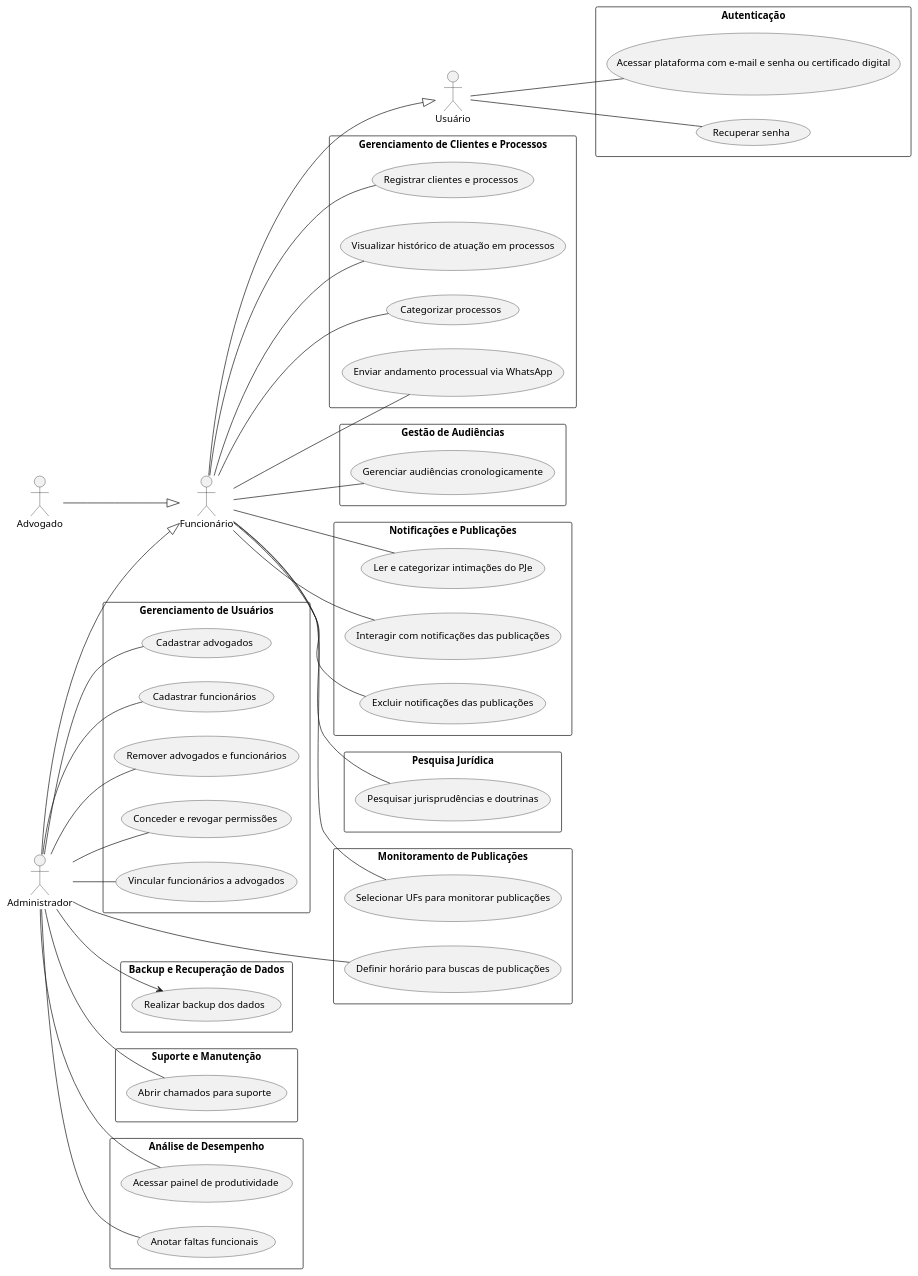
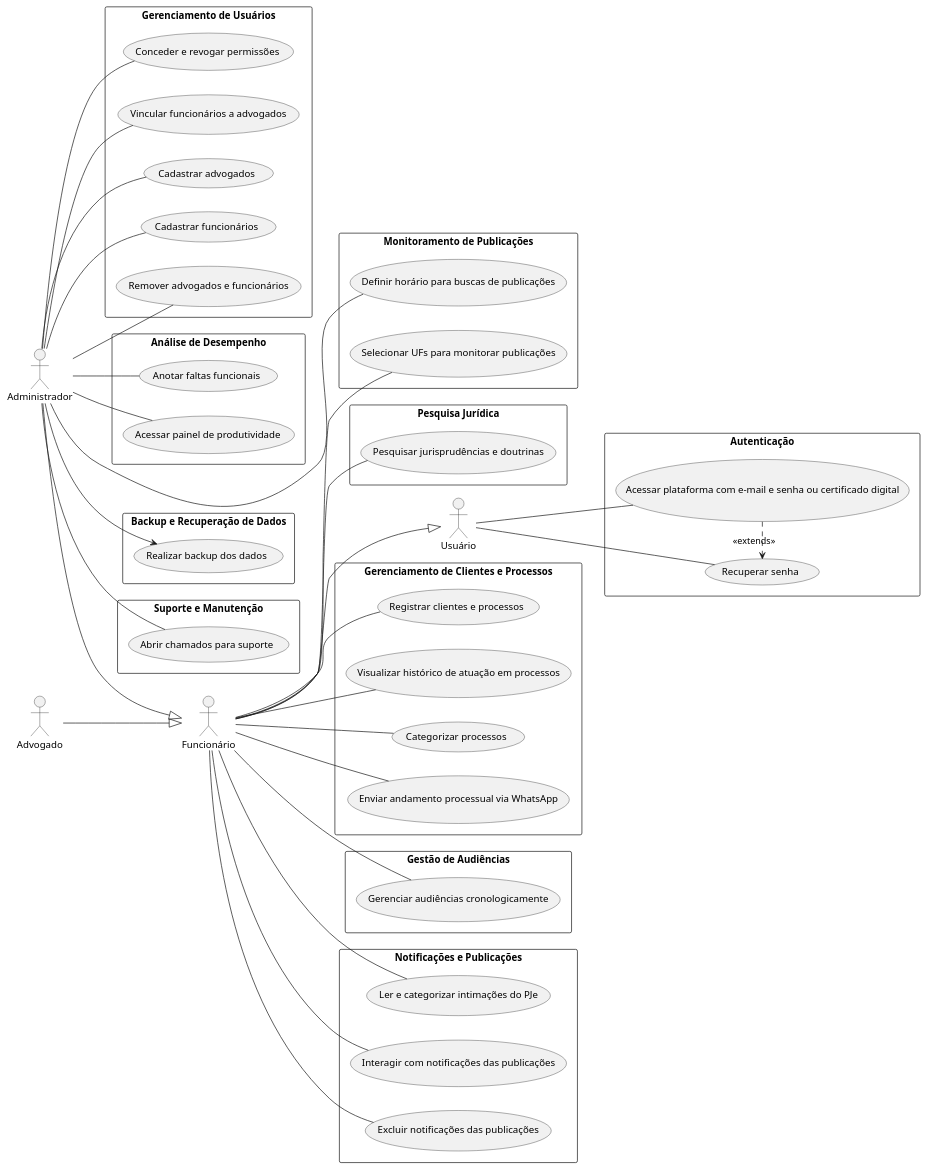
The diagram in specs/casos_de_uso/uml_geral.puml (victoralves475/aps-visao), drawn with PlantUML before and after one commit.

```diff
--- a/specs/casos_de_uso/uml_geral.puml
+++ b/specs/casos_de_uso/uml_geral.puml
@@ -1,67 +1,68 @@
 @startuml
 left to right direction
 skinparam packageStyle rect
 
 ' Definição dos atores e hierarquia
 actor "Usuário" as Usuario
 actor "Funcionário" as Funcionario
 actor "Advogado" as Advogado
 actor "Administrador" as Administrador
 
 Funcionario --|> Usuario
 Advogado --|> Funcionario
 Administrador --|> Funcionario
 
 ' Pacotes de casos de uso
 package "Autenticação" {
     Usuario -- (Acessar plataforma com e-mail e senha ou certificado digital)
     Usuario -- (Recuperar senha)
+    (Acessar plataforma com e-mail e senha ou certificado digital).> (Recuperar senha) : <<extends>>
 }
 
 package "Gerenciamento de Usuários" {
     Administrador -- (Cadastrar advogados)
     Administrador -- (Cadastrar funcionários)
     Administrador -- (Remover advogados e funcionários)
     Administrador -- (Conceder e revogar permissões)
     Administrador -- (Vincular funcionários a advogados)
 }
 
 package "Monitoramento de Publicações" {
     Funcionario -- (Selecionar UFs para monitorar publicações)
     Administrador -- (Definir horário para buscas de publicações)
 }
 
 package "Gerenciamento de Clientes e Processos" {
     Funcionario -- (Registrar clientes e processos)
     Funcionario -- (Visualizar histórico de atuação em processos)
     Funcionario -- (Categorizar processos)
     Funcionario -- (Enviar andamento processual via WhatsApp)
 }
 
 package "Gestão de Audiências" {
     Funcionario -- (Gerenciar audiências cronologicamente)
 }
 
 package "Notificações e Publicações" {
     Funcionario -- (Ler e categorizar intimações do PJe)
     Funcionario -- (Interagir com notificações das publicações)
     Funcionario -- (Excluir notificações das publicações)
 }
 
 package "Backup e Recuperação de Dados" {
     Administrador --> (Realizar backup dos dados)
 }
 
 package "Pesquisa Jurídica" {
     Funcionario -- (Pesquisar jurisprudências e doutrinas)
 }
 
 package "Suporte e Manutenção" {
     Administrador -- (Abrir chamados para suporte)
 }
 
 package "Análise de Desempenho" {
     Administrador -- (Acessar painel de produtividade)
     Administrador -- (Anotar faltas funcionais)
 }
 @enduml
```
